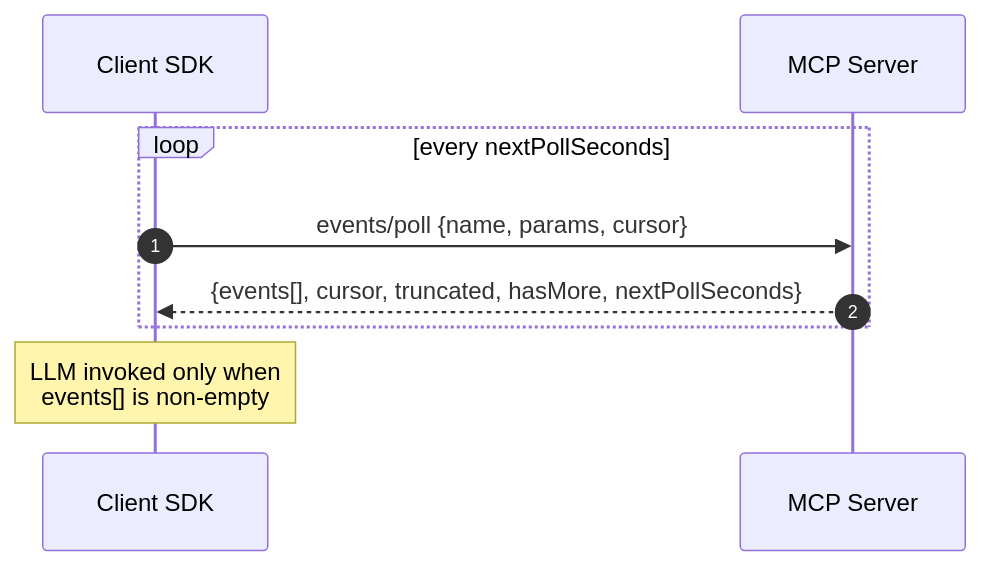
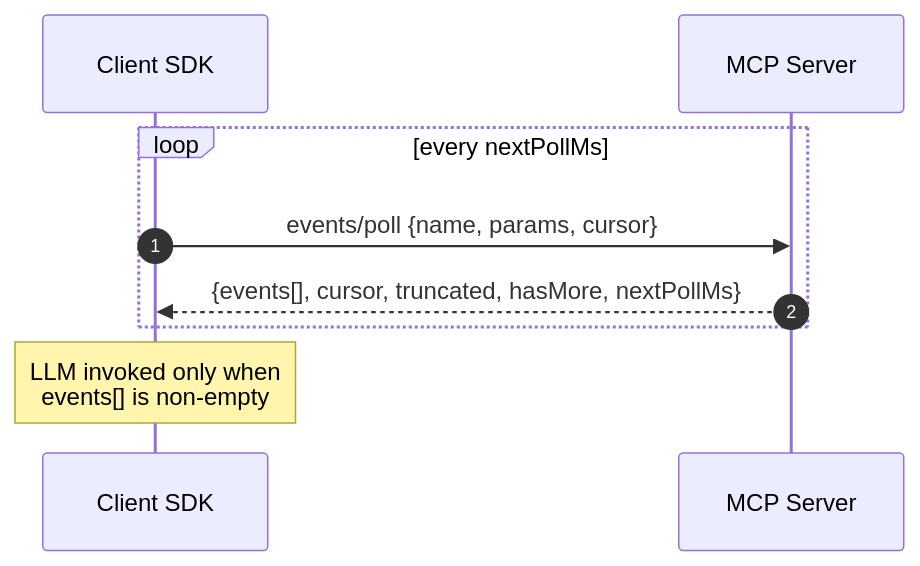
The first of 4 diagrams in docs/design-sketch-proposal.md (modelcontextprotocol/experimental-ext-triggers-events), drawn with Mermaid before and after one commit. The commit also changed other lines of this file, not shown here.

````diff
--- a/docs/design-sketch-proposal.md
+++ b/docs/design-sketch-proposal.md
@@ -124,12 +124,12 @@
 ```mermaid
 sequenceDiagram
     autonumber
     participant SDK as Client SDK
     participant Server as MCP Server
 
-    loop every nextPollSeconds
+    loop every nextPollMs
         SDK->>Server: events/poll {name, params, cursor}
-        Server-->>SDK: {events[], cursor, truncated, hasMore, nextPollSeconds}
+        Server-->>SDK: {events[], cursor, truncated, hasMore, nextPollMs}
     end
     Note over SDK: LLM invoked only when<br/>events[] is non-empty
 ```
````
